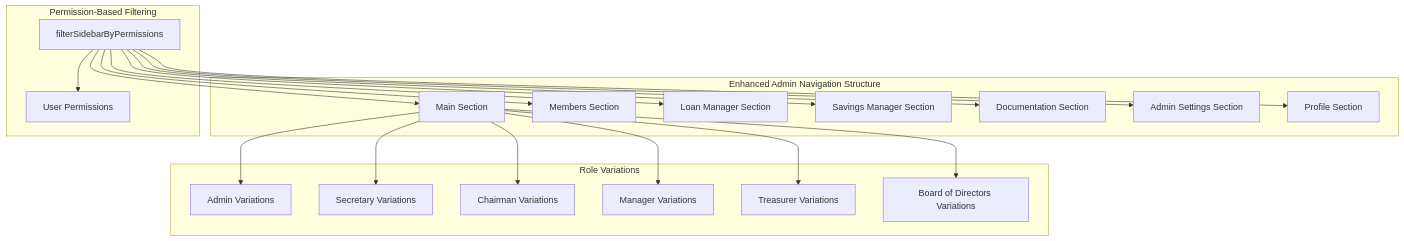
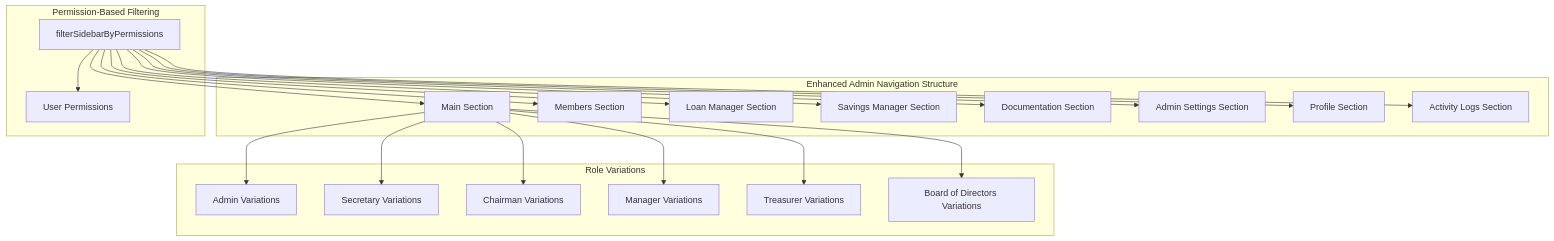
Before and after one commit to Unsure-bry/sampacoop_system: the third of 9 diagrams in .qoder/repowiki/en/content/Dashboard System Architecture/Collapsible Navigation System.md, drawn with Mermaid. The commit also changed other lines of this file and 5 other files, not shown here.

````diff
--- a/.qoder/repowiki/en/content/Dashboard System Architecture/Collapsible Navigation System.md
+++ b/.qoder/repowiki/en/content/Dashboard System Architecture/Collapsible Navigation System.md
@@ -154,38 +168,40 @@
 ```mermaid
 graph TD
 subgraph "Enhanced Admin Navigation Structure"
 Main["Main Section"]
 Members["Members Section"]
 Loans["Loan Manager Section"]
 Savings["Savings Manager Section"]
 Reports["Documentation Section"]
 Settings["Admin Settings Section"]
 Profile["Profile Section"]
+Activity["Activity Logs Section"]
 end
 subgraph "Permission-Based Filtering"
 Filter["filterSidebarByPermissions"]
 Perms["User Permissions"]
 end
 subgraph "Role Variations"
 Admin["Admin Variations"]
 Secretary["Secretary Variations"]
 Chairman["Chairman Variations"]
 Manager["Manager Variations"]
 Treasurer["Treasurer Variations"]
 BOD["Board of Directors Variations"]
 end
 Main --> Admin
 Main --> Secretary
 Main --> Chairman
 Main --> Manager
 Main --> Treasurer
 Main --> BOD
 Filter --> Perms
 Filter --> Main
 Filter --> Members
 Filter --> Loans
 Filter --> Savings
 Filter --> Reports
 Filter --> Settings
 Filter --> Profile
+Filter --> Activity
 ```
````
